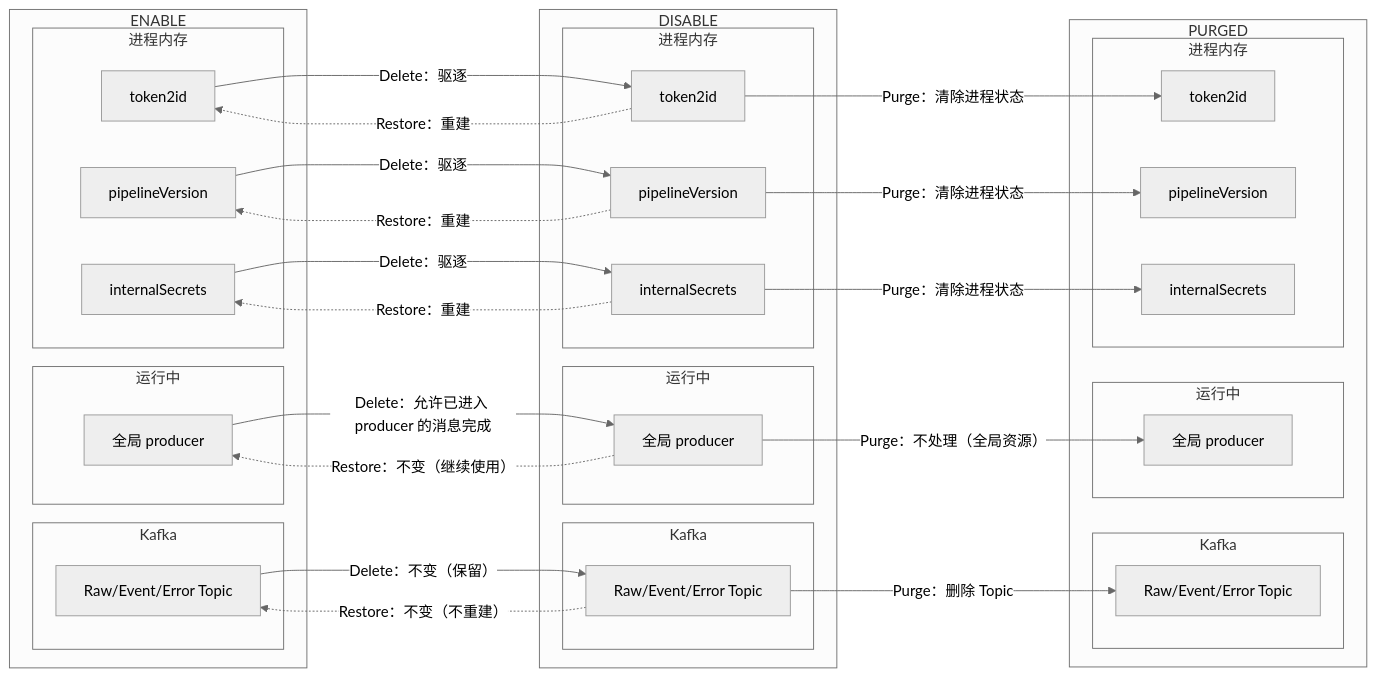
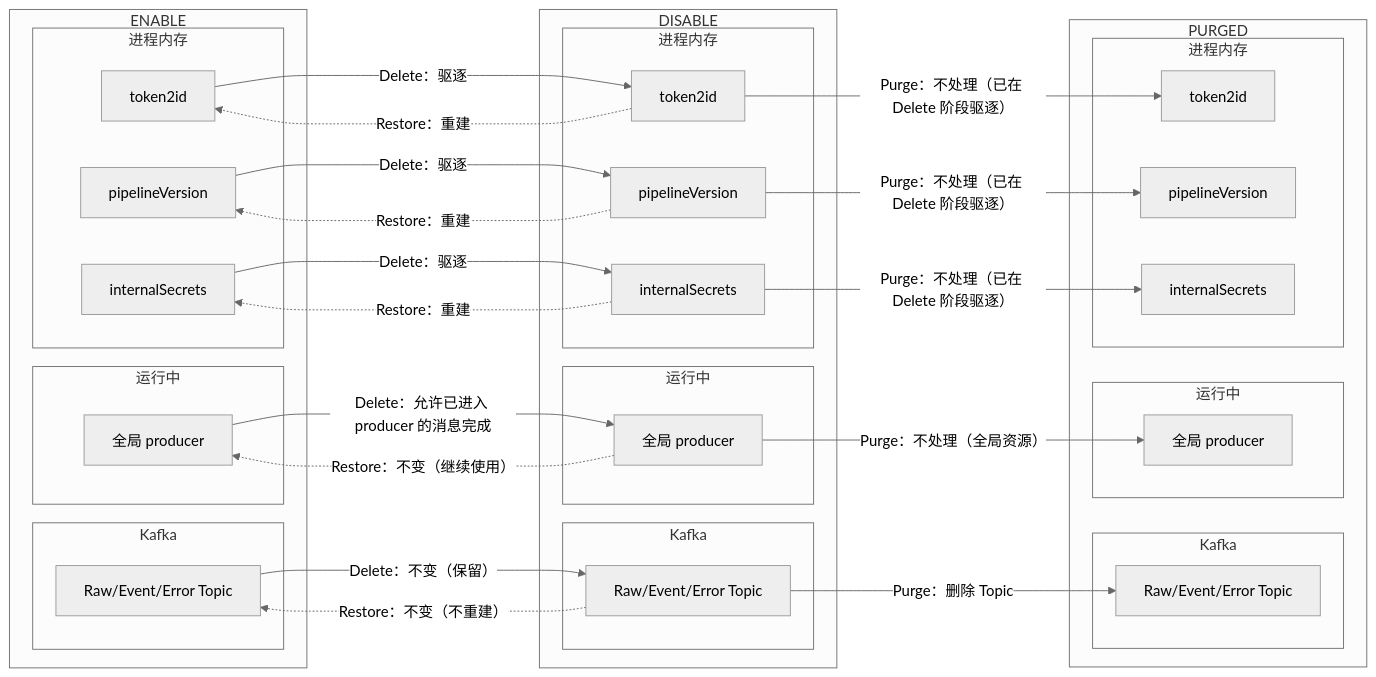
Diagram 11 of 20 in specs/20260716-Wave-Refac-OrganizationProjectLifecycle/04-detail.md (qinwenshiCH/workflow), drawn with Mermaid (neutral theme) before and after one commit. The commit also changed other lines of this file and 4 other files, not shown here.

````diff
--- a/specs/20260716-Wave-Refac-OrganizationProjectLifecycle/04-detail.md
+++ b/specs/20260716-Wave-Refac-OrganizationProjectLifecycle/04-detail.md
@@ -920,60 +793,60 @@
 ```mermaid
 flowchart LR
     subgraph enable["ENABLE"]
         subgraph e_kafka["Kafka"]
             ETopic["Raw/Event/Error Topic"]
         end
         subgraph e_runtime["运行中"]
             EProducer["全局 producer"]
         end
         subgraph e_memory["进程内存"]
             EToken["token2id"]
             EPipeline["pipelineVersion"]
             ESecrets["internalSecrets"]
         end
     end
 
     subgraph disable["DISABLE"]
         subgraph d_kafka["Kafka"]
             DTopic["Raw/Event/Error Topic"]
         end
         subgraph d_runtime["运行中"]
             DProducer["全局 producer"]
         end
         subgraph d_memory["进程内存"]
             DToken["token2id"]
             DPipeline["pipelineVersion"]
             DSecrets["internalSecrets"]
         end
     end
 
     subgraph purged["PURGED"]
         subgraph p_kafka["Kafka"]
             PTopic["Raw/Event/Error Topic"]
         end
         subgraph p_runtime["运行中"]
             PProducer["全局 producer"]
         end
         subgraph p_memory["进程内存"]
             PToken["token2id"]
             PPipeline["pipelineVersion"]
             PSecrets["internalSecrets"]
         end
     end
 
     ETopic -->|Delete：不变（保留）| DTopic
     EProducer -->|Delete：允许已进入 producer 的消息完成| DProducer
     EToken -->|Delete：驱逐| DToken
     EPipeline -->|Delete：驱逐| DPipeline
     ESecrets -->|Delete：驱逐| DSecrets
     DTopic -.->|Restore：不变（不重建）| ETopic
     DProducer -.->|Restore：不变（继续使用）| EProducer
     DToken -.->|Restore：重建| EToken
     DPipeline -.->|Restore：重建| EPipeline
     DSecrets -.->|Restore：重建| ESecrets
     DTopic -->|Purge：删除 Topic| PTopic
     DProducer -->|Purge：不处理（全局资源）| PProducer
-    DToken -->|Purge：清除进程状态| PToken
-    DPipeline -->|Purge：清除进程状态| PPipeline
-    DSecrets -->|Purge：清除进程状态| PSecrets
+    DToken -->|Purge：不处理（已在 Delete 阶段驱逐）| PToken
+    DPipeline -->|Purge：不处理（已在 Delete 阶段驱逐）| PPipeline
+    DSecrets -->|Purge：不处理（已在 Delete 阶段驱逐）| PSecrets
 ```
````
